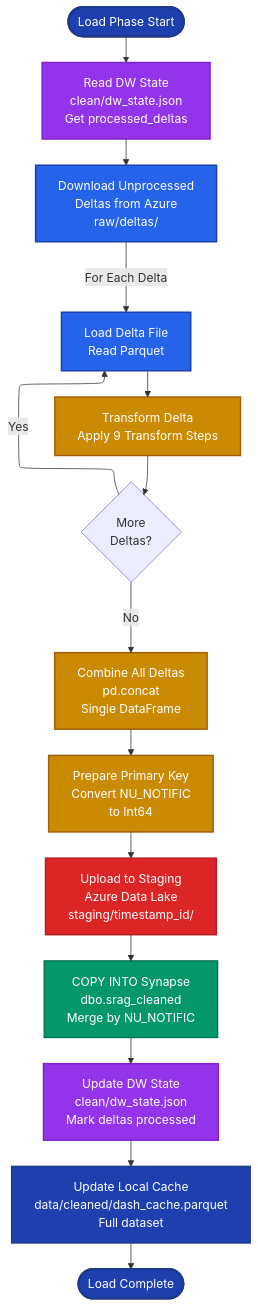
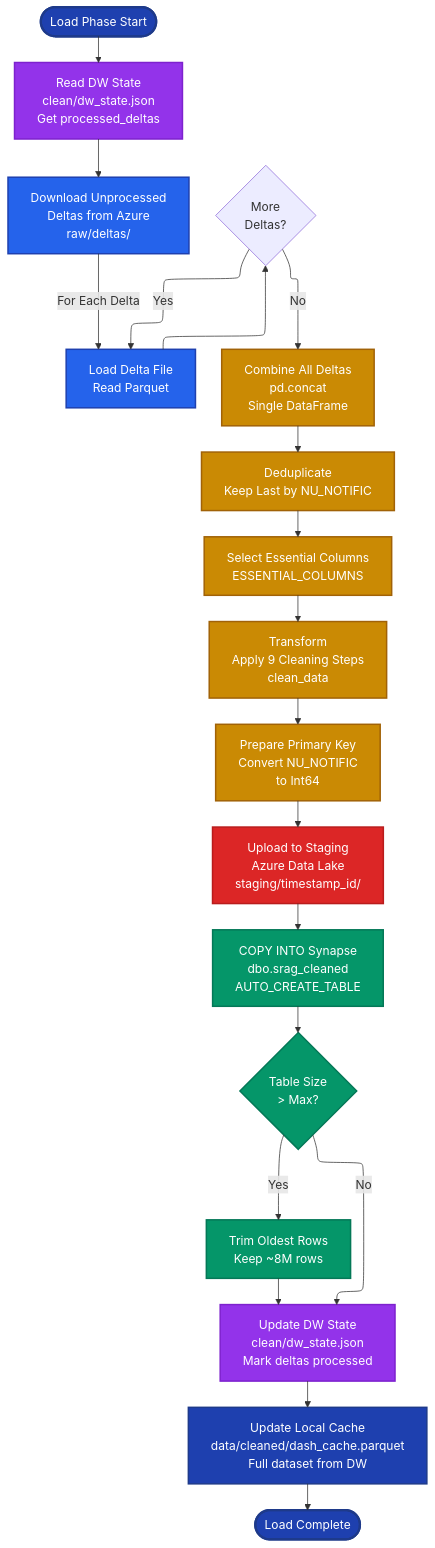
The diagram in diagrams/elt-load-detail.mmd (joaovargass/indicium-ai-engineering-certification), drawn with Mermaid before and after one commit. The commit also changed other lines of this file and 34 other files, not shown here.

```diff
--- a/diagrams/elt-load-detail.mmd
+++ b/diagrams/elt-load-detail.mmd
@@ -1,42 +1,48 @@
 ---
 config:
   layout: elk
   maxWidth: 1200
 ---
 flowchart TD
     Start([Load Phase Start]) --> ReadState[Read DW State<br/>clean/dw_state.json<br/>Get processed_deltas]
     
     ReadState --> DownloadDeltas[Download Unprocessed<br/>Deltas from Azure<br/>raw/deltas/]
     
     DownloadDeltas -->|For Each Delta| LoadDelta[Load Delta File<br/>Read Parquet]
-    LoadDelta --> TransformDelta[Transform Delta<br/>Apply 9 Transform Steps]
-    TransformDelta --> NextDelta{More<br/>Deltas?}
+    LoadDelta --> NextDelta{More<br/>Deltas?}
     NextDelta -->|Yes| LoadDelta
     NextDelta -->|No| Combine[Combine All Deltas<br/>pd.concat<br/>Single DataFrame]
     
-    Combine --> PreparePK[Prepare Primary Key<br/>Convert NU_NOTIFIC<br/>to Int64]
+    Combine --> Deduplicate[Deduplicate<br/>Keep Last by NU_NOTIFIC]
+    Deduplicate --> SelectEssential[Select Essential Columns<br/>ESSENTIAL_COLUMNS]
+    SelectEssential --> Transform[Transform<br/>Apply 9 Cleaning Steps<br/>clean_data]
+    
+    Transform --> PreparePK[Prepare Primary Key<br/>Convert NU_NOTIFIC<br/>to Int64]
     PreparePK --> UploadStaging[Upload to Staging<br/>Azure Data Lake<br/>staging/timestamp_id/]
     
-    UploadStaging --> CopyInto[COPY INTO Synapse<br/>dbo.srag_cleaned<br/>Merge by NU_NOTIFIC]
+    UploadStaging --> CopyInto[COPY INTO Synapse<br/>dbo.srag_cleaned<br/>AUTO_CREATE_TABLE]
     
-    CopyInto --> UpdateDWState[Update DW State<br/>clean/dw_state.json<br/>Mark deltas processed]
+    CopyInto --> TrimDW{Table Size<br/>> Max?}
+    TrimDW -->|Yes| TrimRows[Trim Oldest Rows<br/>Keep ~8M rows]
+    TrimDW -->|No| UpdateDWState
+    TrimRows --> UpdateDWState[Update DW State<br/>clean/dw_state.json<br/>Mark deltas processed]
     
-    UpdateDWState --> UpdateCache[Update Local Cache<br/>data/cleaned/dash_cache.parquet<br/>Full dataset]
+    UpdateDWState --> UpdateCache[Update Local Cache<br/>data/cleaned/dash_cache.parquet<br/>Full dataset from DW]
     
     UpdateCache --> End([Load Complete])
     
     classDef stateStyle fill:#9333ea,stroke:#7e22ce,stroke-width:2px,color:#fff
     classDef downloadStyle fill:#2563eb,stroke:#1e40af,stroke-width:2px,color:#fff
     classDef transformStyle fill:#ca8a04,stroke:#a16207,stroke-width:2px,color:#fff
     classDef uploadStyle fill:#dc2626,stroke:#b91c1c,stroke-width:2px,color:#fff
     classDef dwStyle fill:#059669,stroke:#047857,stroke-width:2px,color:#fff
     classDef cacheStyle fill:#1e40af,stroke:#1e3a8a,stroke-width:2px,color:#fff
     classDef startEndStyle fill:#1e40af,stroke:#1e3a8a,stroke-width:3px,color:#fff
     
     class ReadState,UpdateDWState stateStyle
     class DownloadDeltas,LoadDelta downloadStyle
-    class TransformDelta,Combine,PreparePK transformStyle
+    class Combine,Deduplicate,SelectEssential,Transform,PreparePK transformStyle
     class UploadStaging uploadStyle
-    class CopyInto dwStyle
+    class CopyInto,TrimDW,TrimRows dwStyle
     class UpdateCache cacheStyle
     class Start,End startEndStyle
```
